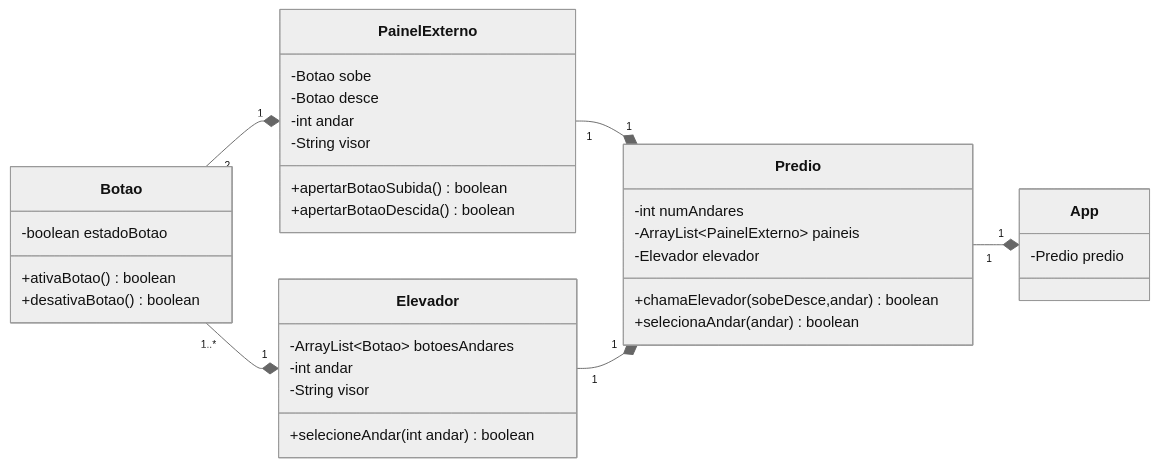
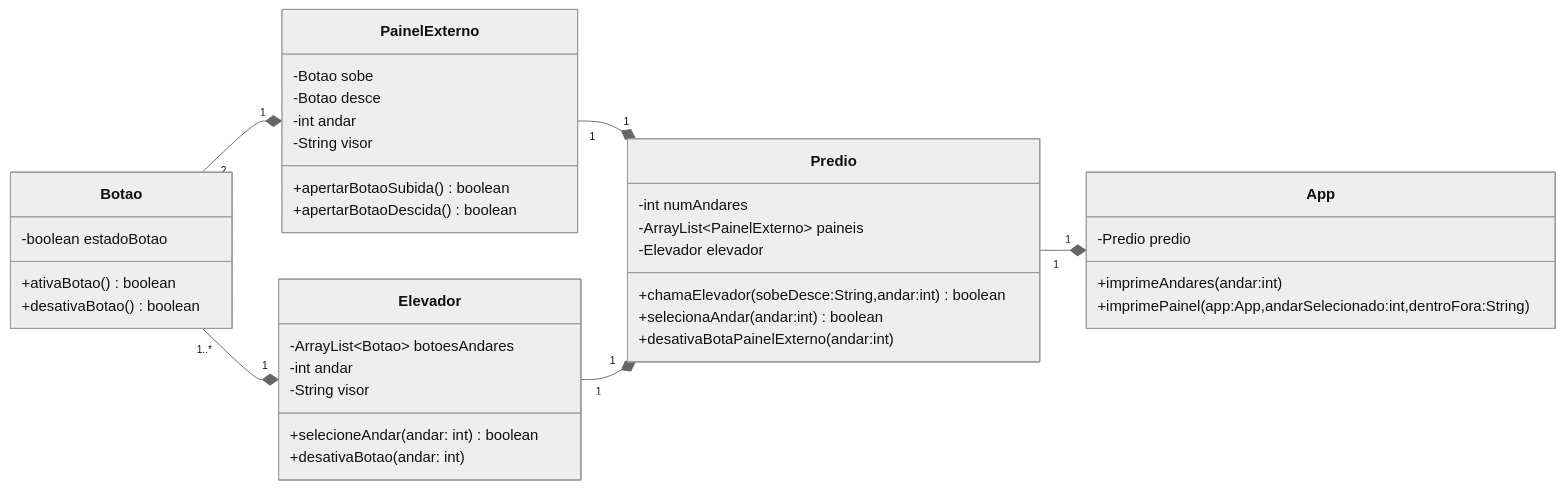
The diagram in Readme.md (vgguerra/Elevator-Simulator), drawn with Mermaid (neutral theme) before and after one commit. The commit also changed other lines of this file and 2 other files, not shown here.

Commit message:
Finalizando projeto 01

````diff
--- a/Readme.md
+++ b/Readme.md
@@ -1,51 +10,56 @@
 ```mermaid
 classDiagram
     direction LR
     direction TD
 
     class Botao{
       -boolean estadoBotao
 
       +ativaBotao() boolean
       +desativaBotao() boolean
     }
 
     class PainelExterno{
       -Botao sobe
       -Botao desce
       -int andar
       -String visor
 
       +apertarBotaoSubida() boolean
       +apertarBotaoDescida() boolean
     }
 
     class Elevador{
       -ArrayList~Botao~ botoesAndares
       -int andar
       -String visor
 
-      +selecioneAndar(int andar) boolean
+      +selecioneAndar(andar: int) boolean
+      +desativaBotao(andar: int)
     }
 
 
     class Predio{
       -int numAndares
       -ArrayList~PainelExterno~ paineis
       -Elevador elevador
 
-      +chamaElevador(sobeDesce,andar) boolean
-      +selecionaAndar(andar) boolean
+      +chamaElevador(sobeDesce:String,andar:int) boolean
+      +selecionaAndar(andar:int) boolean
+      +desativaBotaPainelExterno(andar:int)
     }
 
     class App{
       -Predio predio
+
+      +imprimeAndares(andar:int)
+      +imprimePainel(app:App,andarSelecionado:int,dentroFora:String)
     }
 
 
     Botao "2" --* "1" PainelExterno
     Botao "1..*" --* "1" Elevador
     PainelExterno "1" --* "1" Predio
     Elevador "1" --* "1" Predio    
     Predio "1" --* "1" App
 ```
````
